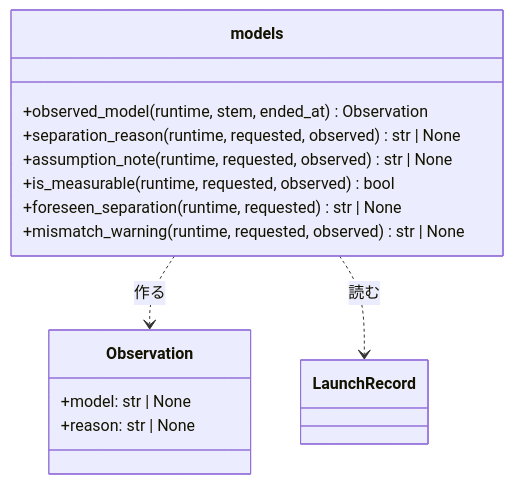
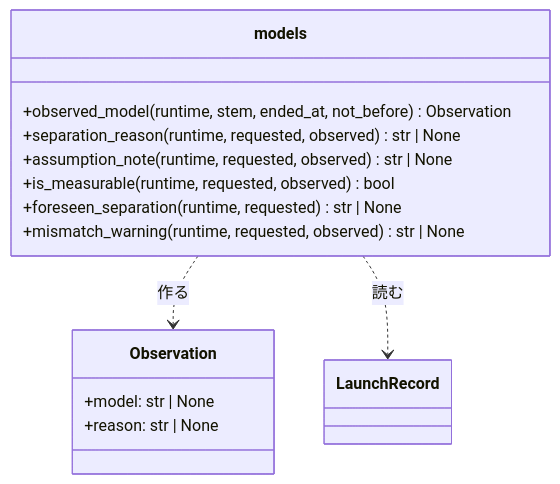
Before and after one commit to devbasex/ai-plugins: the second of 3 diagrams in issues/issue-759-design.md, drawn with Mermaid. The commit also changed other lines of this file, not shown here.

````diff
--- a/issues/issue-759-design.md
+++ b/issues/issue-759-design.md
@@ -146,18 +146,18 @@
 ```mermaid
 classDiagram
     class Observation {
         +model: str | None
         +reason: str | None
     }
     class models {
-        +observed_model(runtime, stem, ended_at) Observation
+        +observed_model(runtime, stem, ended_at, not_before) Observation
         +separation_reason(runtime, requested, observed) str | None
         +assumption_note(runtime, requested, observed) str | None
         +is_measurable(runtime, requested, observed) bool
         +foreseen_separation(runtime, requested) str | None
         +mismatch_warning(runtime, requested, observed) str | None
     }
     models ..> Observation : 作る
     models ..> LaunchRecord : 読む
     class LaunchRecord
 ```
````
